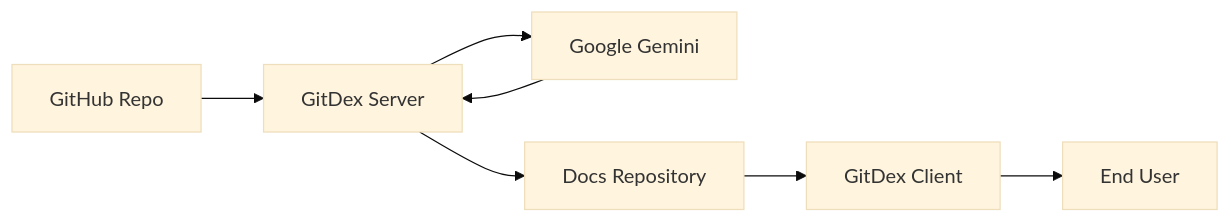
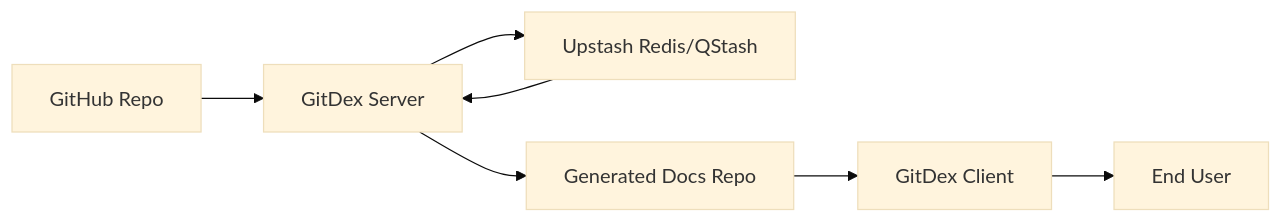
One commit to shinymacktest/gitdex-docs changed the diagram in docs/shinymack/gitdex/1_introduction.mdx. Above: the diagram before and after it, drawn with Mermaid (base theme). The commit also changed other lines of this file and 15 other files, not shown here.

````diff
--- a/docs/shinymack/gitdex/1_introduction.mdx
+++ b/docs/shinymack/gitdex/1_introduction.mdx
@@ -25,9 +26,9 @@
 ```mermaid
 graph LR
     A["GitHub Repo"] --> B["GitDex Server"]
-    B --> C["Google Gemini"]
+    B --> C["Upstash Redis/QStash"]
     C --> B
-    B --> D["Docs Repository"]
+    B --> D["Generated Docs Repo"]
     D --> E["GitDex Client"]
     E --> F["End User"]
 ```
````
